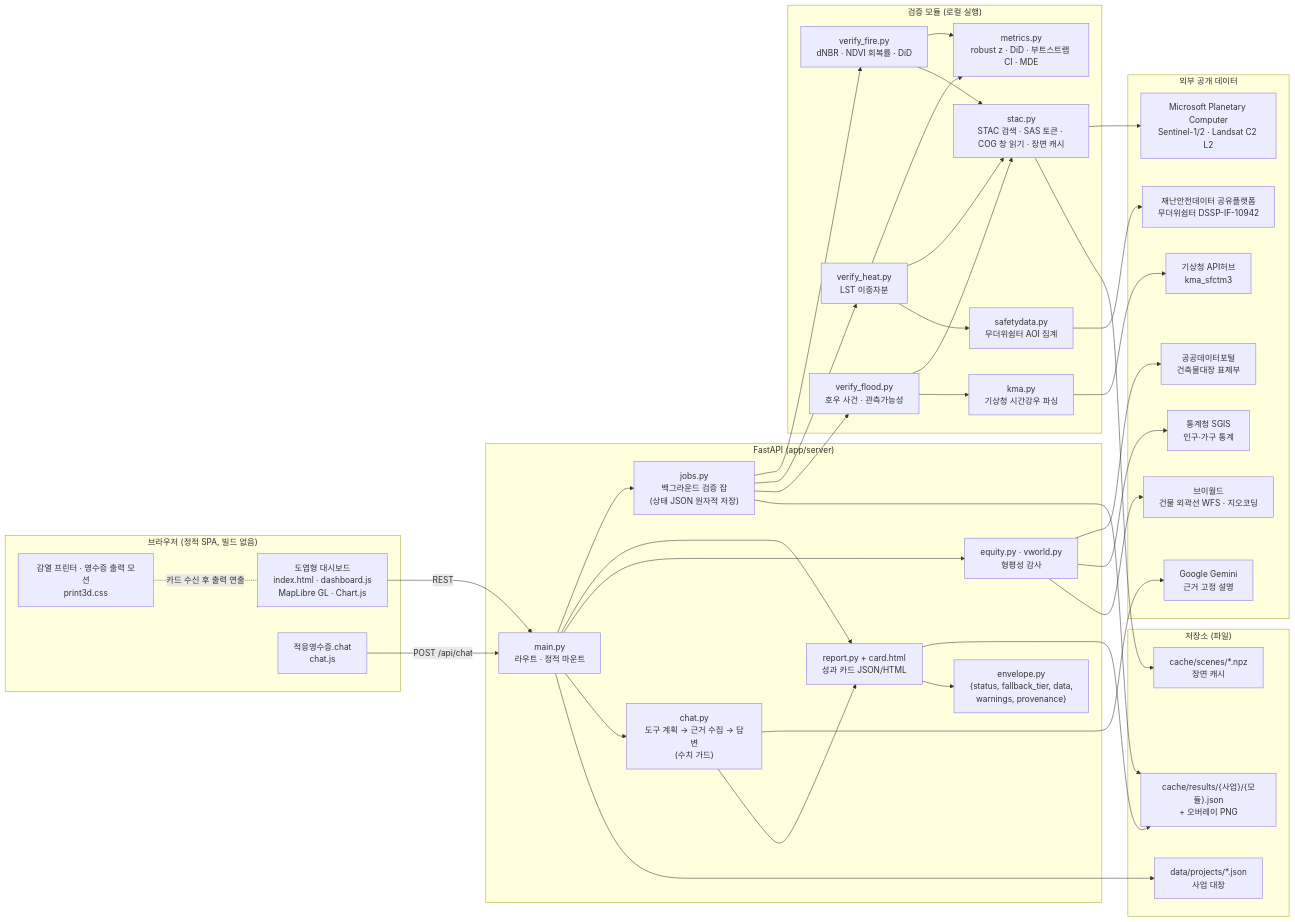
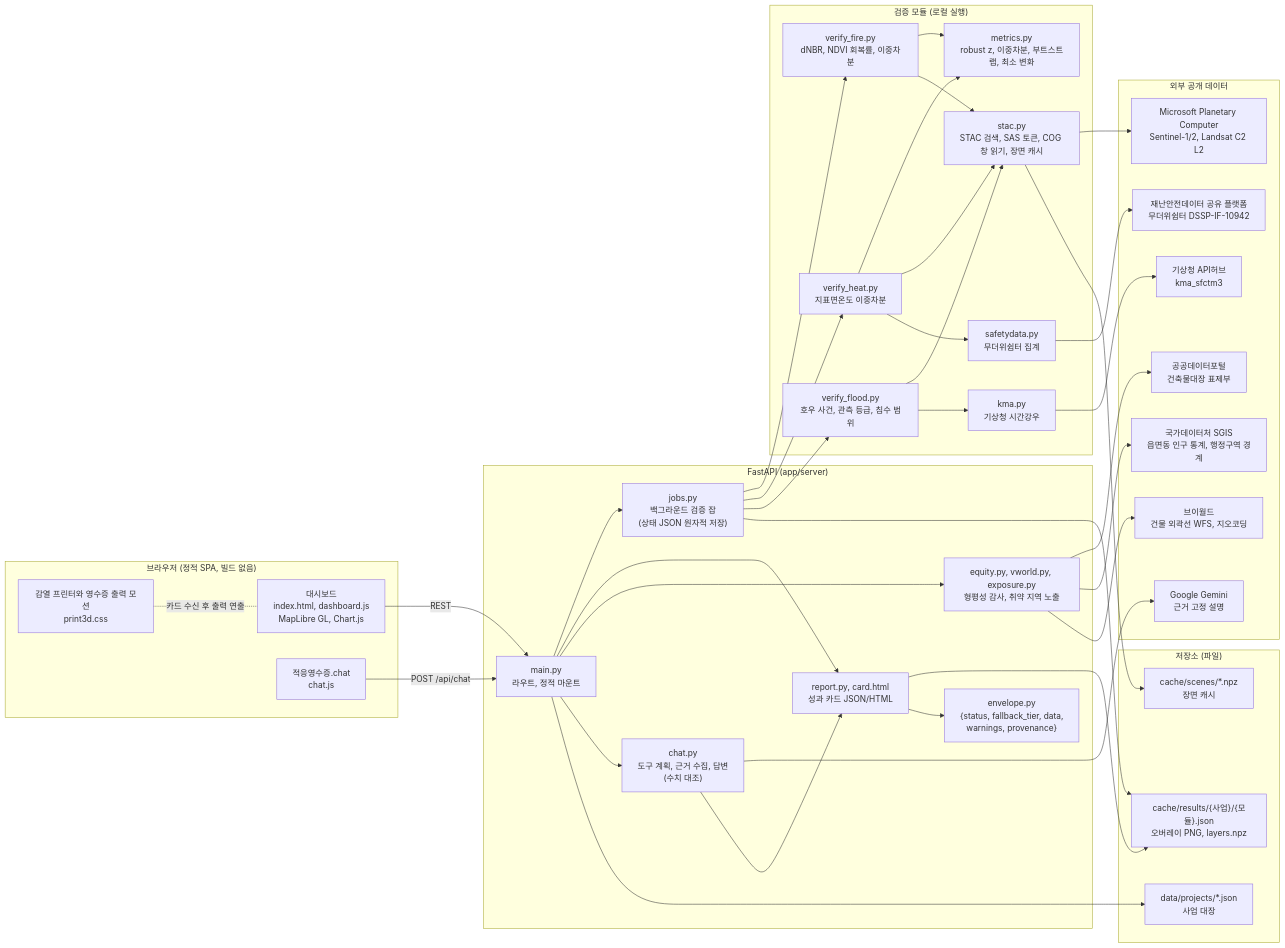
The first of 2 diagrams in README.md (tradeprogram/Adaptation_receipt), drawn with Mermaid before and after one commit. The commit also changed other lines of this file and 30 other files, not shown here.

````diff
--- a/README.md
+++ b/README.md
@@ -29,60 +44,60 @@
 ```mermaid
 flowchart LR
   subgraph Client["브라우저 (정적 SPA, 빌드 없음)"]
-    UI["도엽형 대시보드<br/>index.html · dashboard.js<br/>MapLibre GL · Chart.js"]
-    RC["감열 프린터 · 영수증 출력 모션<br/>print3d.css"]
+    UI["대시보드<br/>index.html, dashboard.js<br/>MapLibre GL, Chart.js"]
+    RC["감열 프린터와 영수증 출력 모션<br/>print3d.css"]
     CH["적응영수증.chat<br/>chat.js"]
   end
 
   subgraph API["FastAPI (app/server)"]
-    MAIN["main.py<br/>라우트 · 정적 마운트"]
+    MAIN["main.py<br/>라우트, 정적 마운트"]
     JOBS["jobs.py<br/>백그라운드 검증 잡<br/>(상태 JSON 원자적 저장)"]
-    REPORT["report.py + card.html<br/>성과 카드 JSON/HTML"]
-    CHAT["chat.py<br/>도구 계획 → 근거 수집 → 답변<br/>(수치 가드)"]
-    EQ["equity.py · vworld.py<br/>형평성 감사"]
+    REPORT["report.py, card.html<br/>성과 카드 JSON/HTML"]
+    CHAT["chat.py<br/>도구 계획, 근거 수집, 답변<br/>(수치 대조)"]
+    EQ["equity.py, vworld.py, exposure.py<br/>형평성 감사, 취약 지역 노출"]
     ENV["envelope.py<br/>{status, fallback_tier, data,<br/>warnings, provenance}"]
   end
 
   subgraph Verify["검증 모듈 (로컬 실행)"]
-    FIRE["verify_fire.py<br/>dNBR · NDVI 회복률 · DiD"]
-    HEAT["verify_heat.py<br/>LST 이중차분"]
-    FLOOD["verify_flood.py<br/>호우 사건 · 관측가능성"]
-    MET["metrics.py<br/>robust z · DiD · 부트스트랩 CI · MDE"]
-    STAC["stac.py<br/>STAC 검색 · SAS 토큰 · COG 창 읽기 · 장면 캐시"]
-    KMA["kma.py<br/>기상청 시간강우 파싱"]
-    SD["safetydata.py<br/>무더위쉼터 AOI 집계"]
+    FIRE["verify_fire.py<br/>dNBR, NDVI 회복률, 이중차분"]
+    HEAT["verify_heat.py<br/>지표면온도 이중차분"]
+    FLOOD["verify_flood.py<br/>호우 사건, 관측 등급, 침수 범위"]
+    MET["metrics.py<br/>robust z, 이중차분, 부트스트랩, 최소 변화"]
+    STAC["stac.py<br/>STAC 검색, SAS 토큰, COG 창 읽기, 장면 캐시"]
+    KMA["kma.py<br/>기상청 시간강우"]
+    SD["safetydata.py<br/>무더위쉼터 집계"]
   end
 
   subgraph Ext["외부 공개 데이터"]
-    PC["Microsoft Planetary Computer<br/>Sentinel-1/2 · Landsat C2 L2"]
+    PC["Microsoft Planetary Computer<br/>Sentinel-1/2, Landsat C2 L2"]
     KMAAPI["기상청 API허브<br/>kma_sfctm3"]
-    SAFE["재난안전데이터 공유플랫폼<br/>무더위쉼터 DSSP-IF-10942"]
+    SAFE["재난안전데이터 공유 플랫폼<br/>무더위쉼터 DSSP-IF-10942"]
     BLD["공공데이터포털<br/>건축물대장 표제부"]
-    SGIS["통계청 SGIS<br/>인구·가구 통계"]
-    VW["브이월드<br/>건물 외곽선 WFS · 지오코딩"]
+    SGIS["국가데이터처 SGIS<br/>읍면동 인구 통계, 행정구역 경계"]
+    VW["브이월드<br/>건물 외곽선 WFS, 지오코딩"]
     GEM["Google Gemini<br/>근거 고정 설명"]
   end
 
   subgraph Store["저장소 (파일)"]
     PRJ["data/projects/*.json<br/>사업 대장"]
-    RES["cache/results/{사업}/{모듈}.json<br/>+ 오버레이 PNG"]
+    RES["cache/results/{사업}/{모듈}.json<br/>오버레이 PNG, layers.npz"]
     SCN["cache/scenes/*.npz<br/>장면 캐시"]
   end
 
   UI -->|REST| MAIN
   CH -->|POST /api/chat| MAIN
   MAIN --> JOBS --> FIRE & HEAT & FLOOD
   FIRE & HEAT --> MET
   FIRE & HEAT & FLOOD --> STAC --> PC
   FLOOD --> KMA --> KMAAPI
   HEAT --> SD --> SAFE
   STAC --> SCN
   JOBS --> RES
   MAIN --> REPORT --> RES
   MAIN --> EQ --> BLD & SGIS & VW
   MAIN --> CHAT --> GEM
   CHAT --> REPORT
   MAIN --> PRJ
   REPORT --> ENV
   RC -. 카드 수신 후 출력 연출 .- UI
 ```
````
